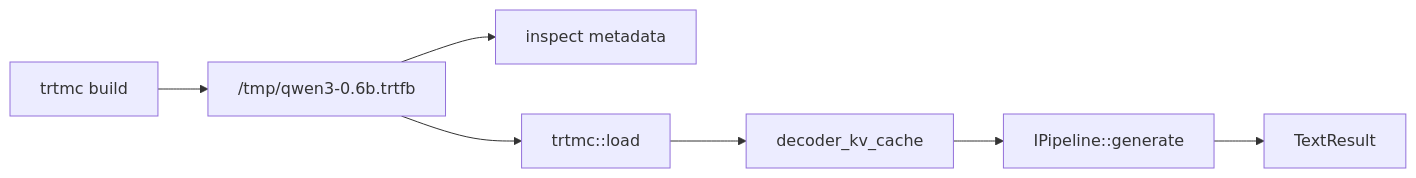
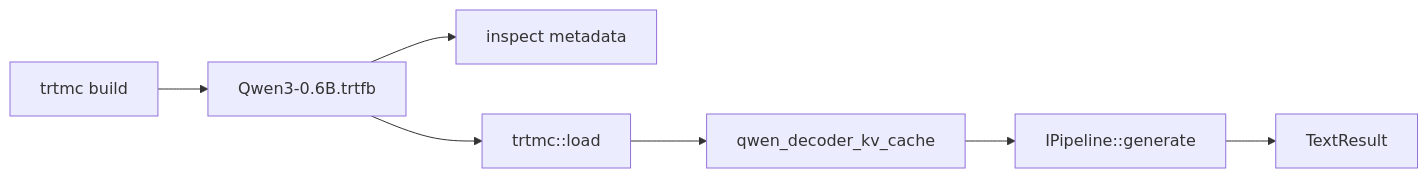
The diagram in website/docs/getting-started/quick-start.md (AbishekCoder1/TensorRT-Model-Connect), drawn with Mermaid before and after one commit. The commit also changed other lines of this file and 83 other files, not shown here.

````diff
--- a/website/docs/getting-started/quick-start.md
+++ b/website/docs/getting-started/quick-start.md
@@ -86,9 +96,9 @@
 ```mermaid
 flowchart LR
-  Build["trtmc build"] --> Bundle["/tmp/qwen3-0.6b.trtfb"]
+  Build["trtmc build"] --> Bundle["Qwen3-0.6B.trtfb"]
   Bundle --> Inspect["inspect metadata"]
   Bundle --> Load["trtmc::load"]
-  Load --> Strategy["decoder_kv_cache"]
+  Load --> Strategy["qwen_decoder_kv_cache"]
   Strategy --> Generate["IPipeline::generate"]
   Generate --> Text["TextResult"]
 ```
````
